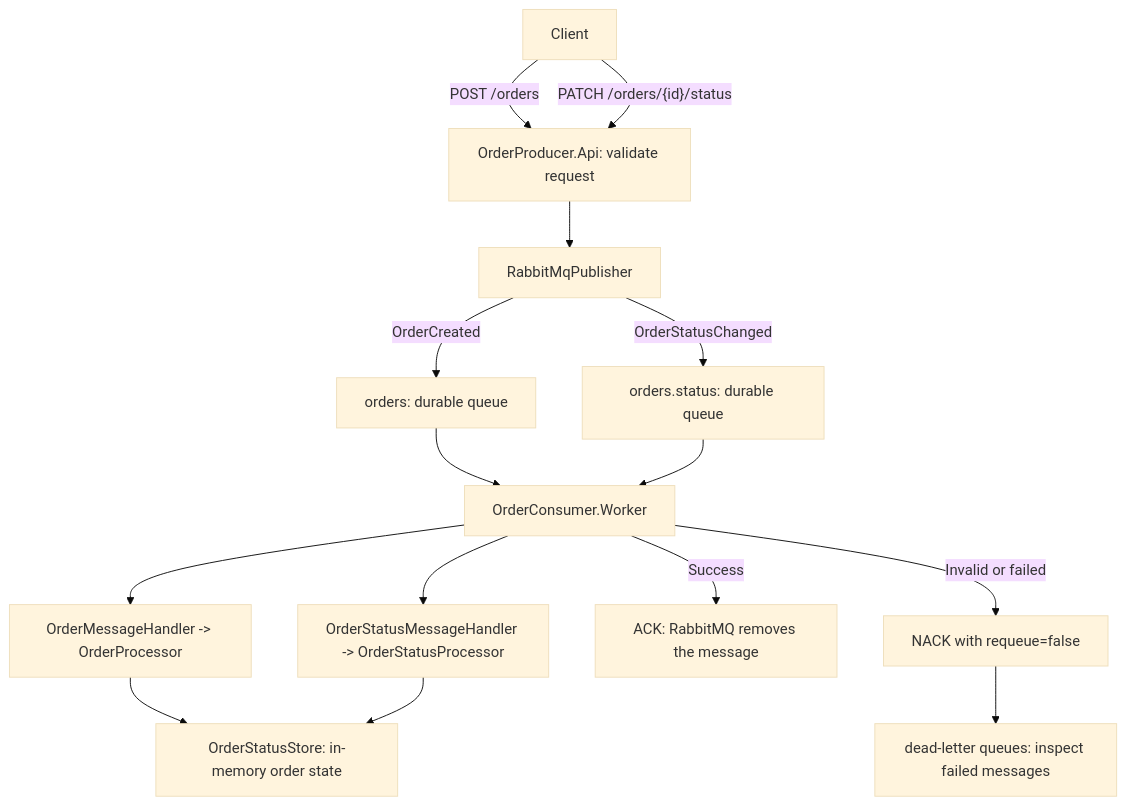
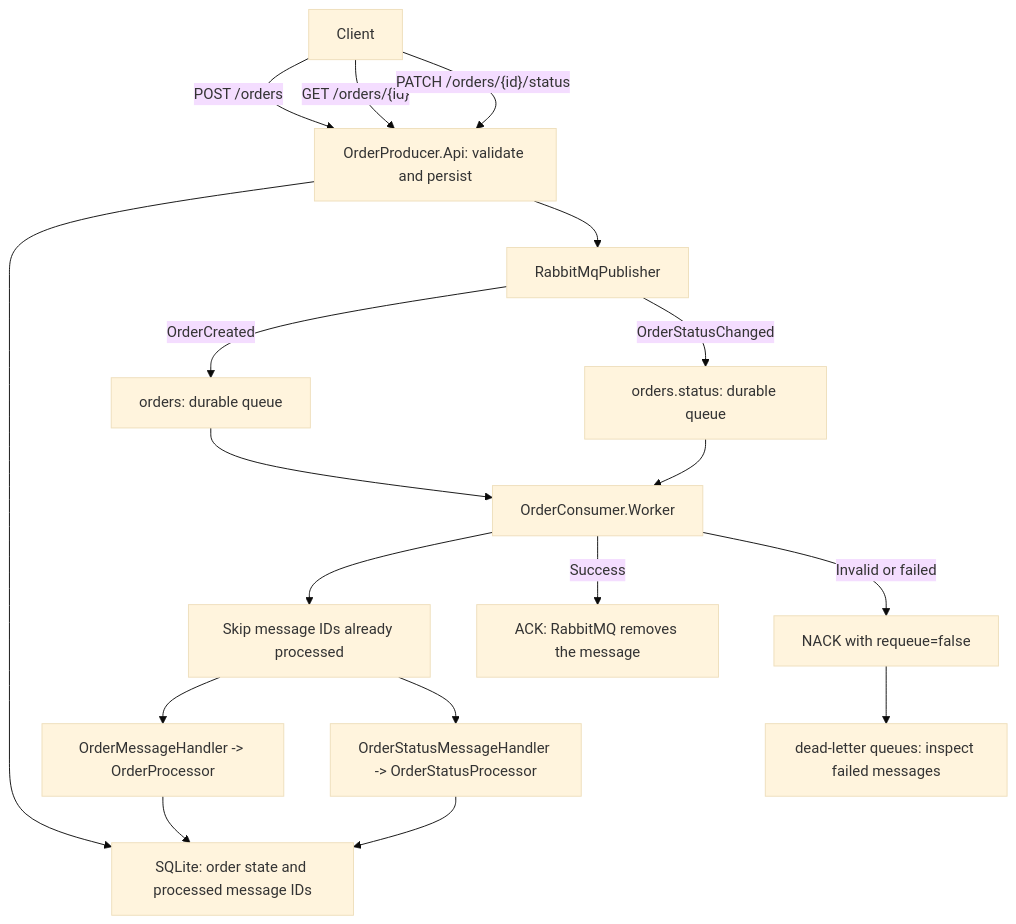
The diagram in README.md (Sopanhaa/message.broker), drawn with Mermaid (base theme) before and after one commit. The commit also changed other lines of this file and 27 other files, not shown here.

````diff
--- a/README.md
+++ b/README.md
@@ -7,17 +7,20 @@
 ```mermaid
 flowchart TD
-    Client["Client"] -->|"POST /orders"| API["OrderProducer.Api: validate request"]
+    Client["Client"] -->|"POST /orders"| API["OrderProducer.Api: validate and persist"]
+    Client -->|"GET /orders/{id}"| API
     Client -->|"PATCH /orders/{id}/status"| API
+    API --> DB["SQLite: order state and processed message IDs"]
     API --> Publisher["RabbitMqPublisher"]
     Publisher -->|"OrderCreated"| Queue["orders: durable queue"]
     Publisher -->|"OrderStatusChanged"| StatusQueue["orders.status: durable queue"]
     Queue --> Worker["OrderConsumer.Worker"]
     StatusQueue --> Worker
-    Worker --> OrderPath["OrderMessageHandler -> OrderProcessor"]
-    Worker --> StatusPath["OrderStatusMessageHandler -> OrderStatusProcessor"]
-    OrderPath --> Store["OrderStatusStore: in-memory order state"]
-    StatusPath --> Store
+    Worker --> Dedupe["Skip message IDs already processed"]
+    Dedupe --> OrderPath["OrderMessageHandler -> OrderProcessor"]
+    Dedupe --> StatusPath["OrderStatusMessageHandler -> OrderStatusProcessor"]
+    OrderPath --> DB
+    StatusPath --> DB
     Worker -->|"Success"| Ack["ACK: RabbitMQ removes the message"]
     Worker -->|"Invalid or failed"| Reject["NACK with requeue=false"]
     Reject --> DLQ["dead-letter queues: inspect failed messages"]
 ```
````
